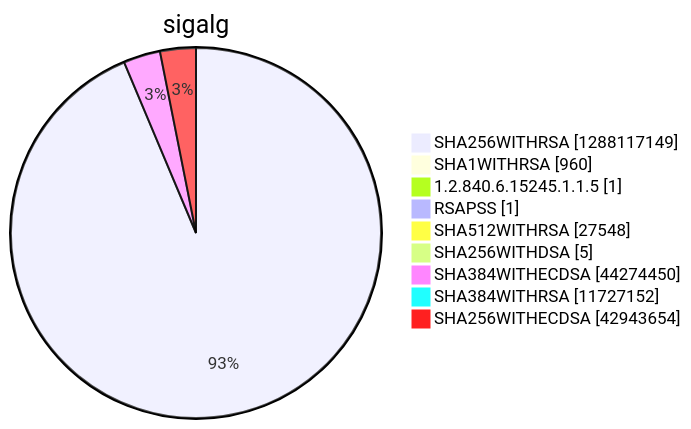
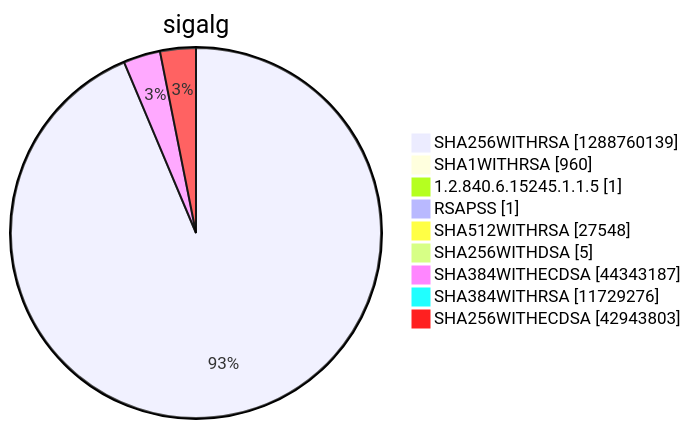
One commit to christiankrug/ctmonitor_visualization changed diagram 15 of 15 in argon2022/README.md. Above: the diagram before and after it, drawn with Mermaid. The commit also changed other lines of this file, not shown here.

````diff
--- a/argon2022/README.md
+++ b/argon2022/README.md
@@ -5523,13 +5523,13 @@
 ```mermaid
 pie showData
 title sigalg
-"SHA256WITHRSA" :1288117149
+"SHA256WITHRSA" :1288760139
 "SHA1WITHRSA" :960
 "1.2.840.6.15245.1.1.5" :1
 "RSAPSS" :1
 "SHA512WITHRSA" :27548
 "SHA256WITHDSA" :5
-"SHA384WITHECDSA" :44274450
-"SHA384WITHRSA" :11727152
-"SHA256WITHECDSA" :42943654
+"SHA384WITHECDSA" :44343187
+"SHA384WITHRSA" :11729276
+"SHA256WITHECDSA" :42943803
 ```
````
